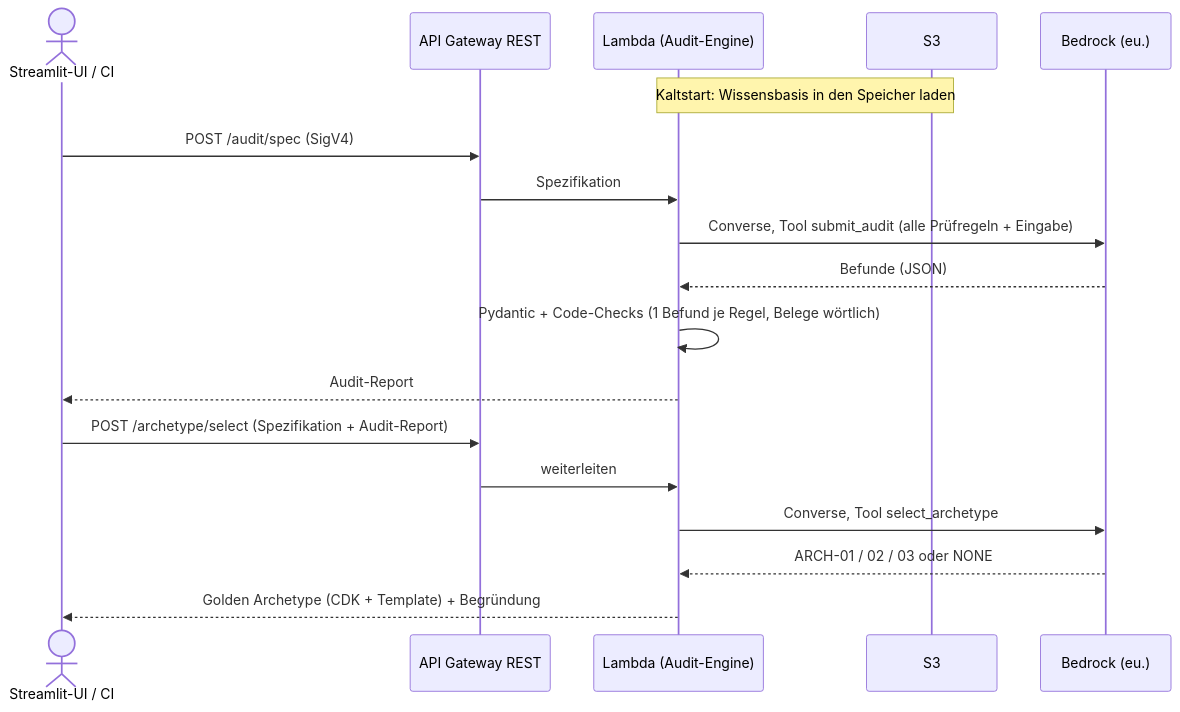
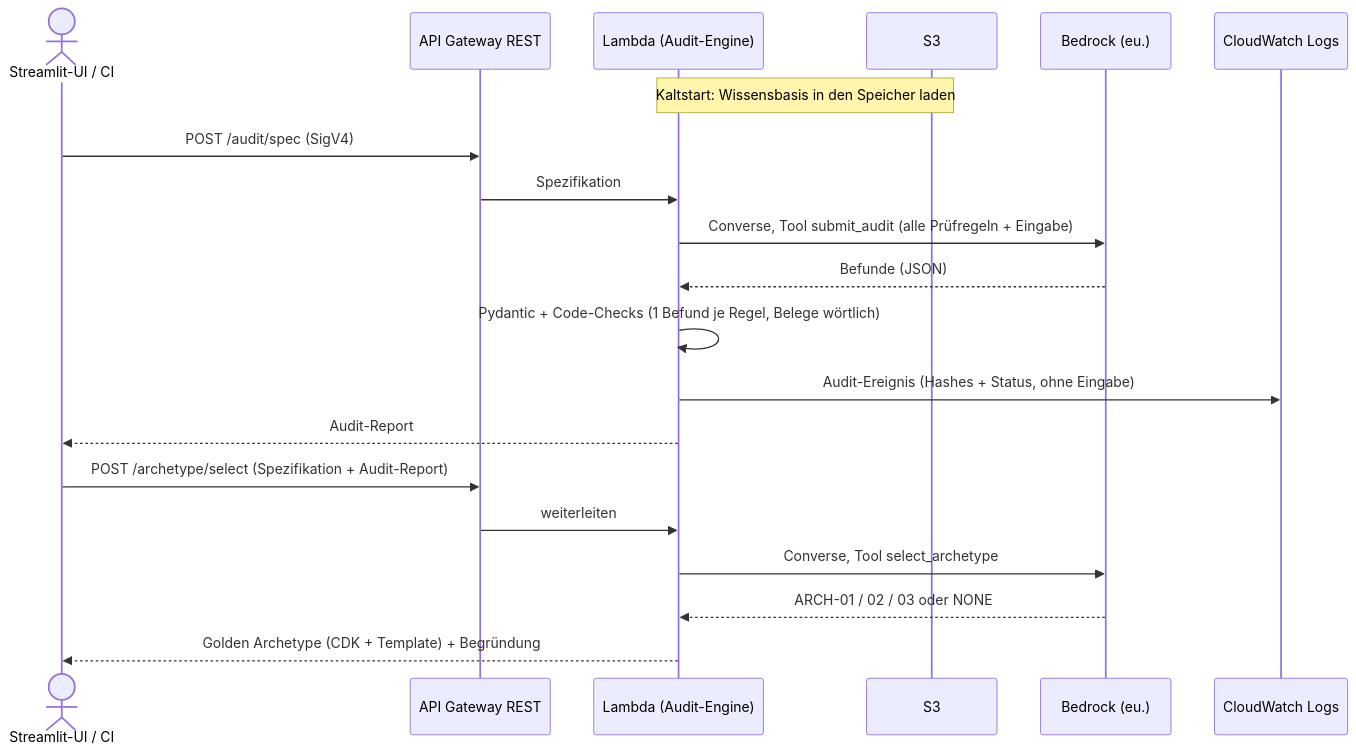
One commit to Daniel74/GovGuard changed the second of 4 diagrams in docs/ARCHITECTURE.md. Above: the diagram before and after it, drawn with Mermaid. The commit also changed other lines of this file and 5 other files, not shown here.

````diff
--- a/docs/ARCHITECTURE.md
+++ b/docs/ARCHITECTURE.md
@@ -141,20 +141,22 @@
 ```mermaid
 sequenceDiagram
   actor U as Streamlit-UI / CI
   participant API as API Gateway REST
   participant L as Lambda (Audit-Engine)
   participant S3 as S3
   participant B as Bedrock (eu.)
+  participant CW as CloudWatch Logs
   Note over L,S3: Kaltstart: Wissensbasis in den Speicher laden
   U->>API: POST /audit/spec (SigV4)
   API->>L: Spezifikation
   L->>B: Converse, Tool submit_audit (alle Prüfregeln + Eingabe)
   B-->>L: Befunde (JSON)
   L->>L: Pydantic + Code-Checks (1 Befund je Regel, Belege wörtlich)
+  L->>CW: Audit-Ereignis (Hashes + Status, ohne Eingabe)
   L-->>U: Audit-Report
   U->>API: POST /archetype/select (Spezifikation + Audit-Report)
   API->>L: weiterleiten
   L->>B: Converse, Tool select_archetype
   B-->>L: ARCH-01 / 02 / 03 oder NONE
   L-->>U: Golden Archetype (CDK + Template) + Begründung
 ```
````
